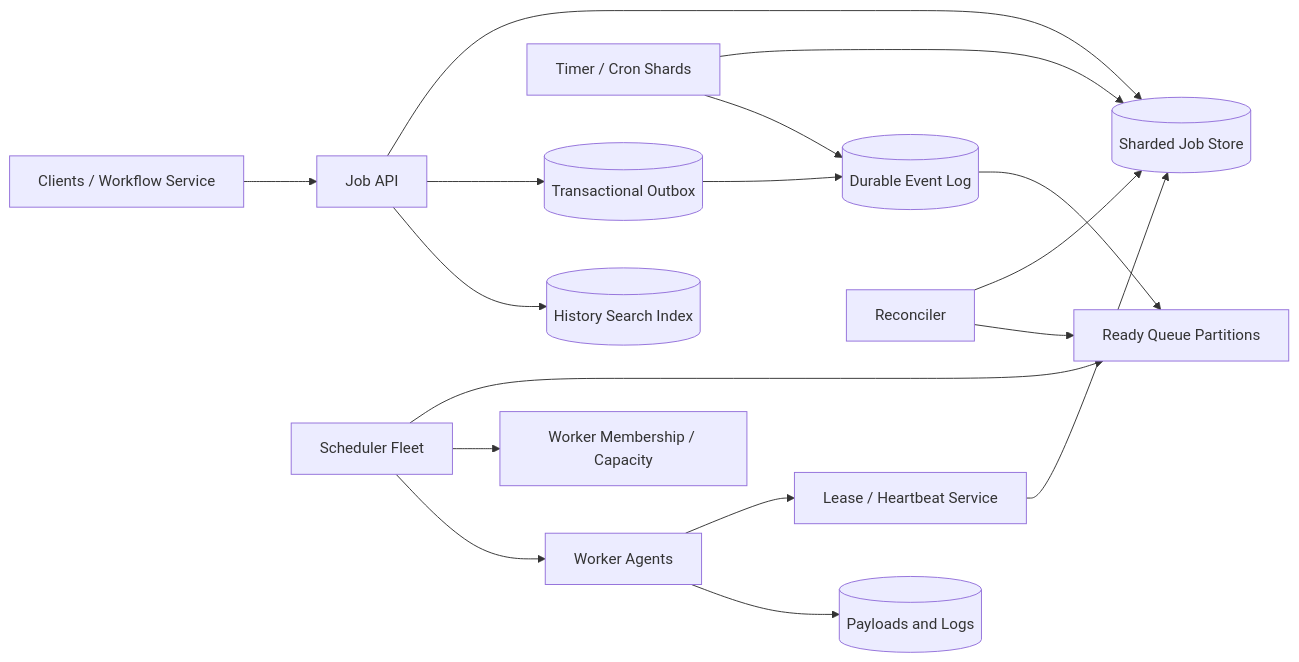
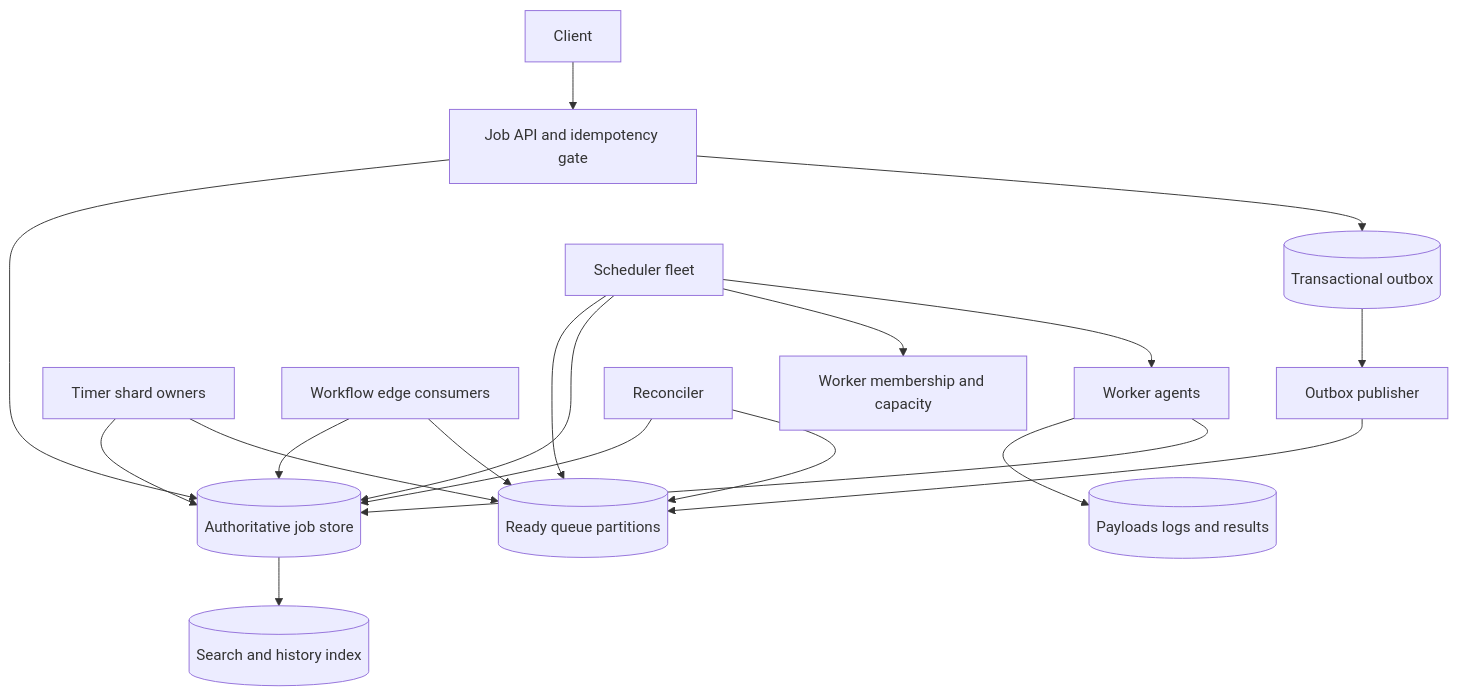
The second of 4 diagrams in distributed-job-scheduler-system-design.md (Pranshu258/system-design), drawn with Mermaid before and after one commit. The commit also changed other lines of this file and 23 other files, not shown here.

````diff
--- a/distributed-job-scheduler-system-design.md
+++ b/distributed-job-scheduler-system-design.md
@@ -47,19 +194,21 @@
 ```mermaid
-flowchart LR
-    C[Clients / Workflow Service] --> API[Job API]
-    API --> DB[(Sharded Job Store)]
-    API --> OUT[(Transactional Outbox)]
-    OUT --> BUS[(Durable Event Log)]
-    T[Timer / Cron Shards] --> DB
-    T --> BUS
-    BUS --> Q[Ready Queue Partitions]
-    S[Scheduler Fleet] --> Q
-    S --> M[Worker Membership / Capacity]
-    S --> W[Worker Agents]
-    W --> HB[Lease / Heartbeat Service]
-    HB --> DB
-    W --> OBJ[(Payloads and Logs)]
-    R[Reconciler] --> DB
-    R --> Q
-    API --> IDX[(History Search Index)]
+flowchart TD
+    C["Client"] --> API["Job API and idempotency gate"]
+    API --> JS[("Authoritative job store")]
+    API --> OB[("Transactional outbox")]
+    OB --> PUB["Outbox publisher"]
+    PUB --> RQ[("Ready queue partitions")]
+    TS["Timer shard owners"] --> JS
+    TS --> RQ
+    WF["Workflow edge consumers"] --> JS
+    WF --> RQ
+    SCH["Scheduler fleet"] --> RQ
+    SCH --> JS
+    SCH --> MEM["Worker membership and capacity"]
+    SCH --> WK["Worker agents"]
+    WK --> OBJ[("Payloads logs and results")]
+    WK --> JS
+    REC["Reconciler"] --> JS
+    REC --> RQ
+    JS --> IDX[("Search and history index")]
 ```
````
